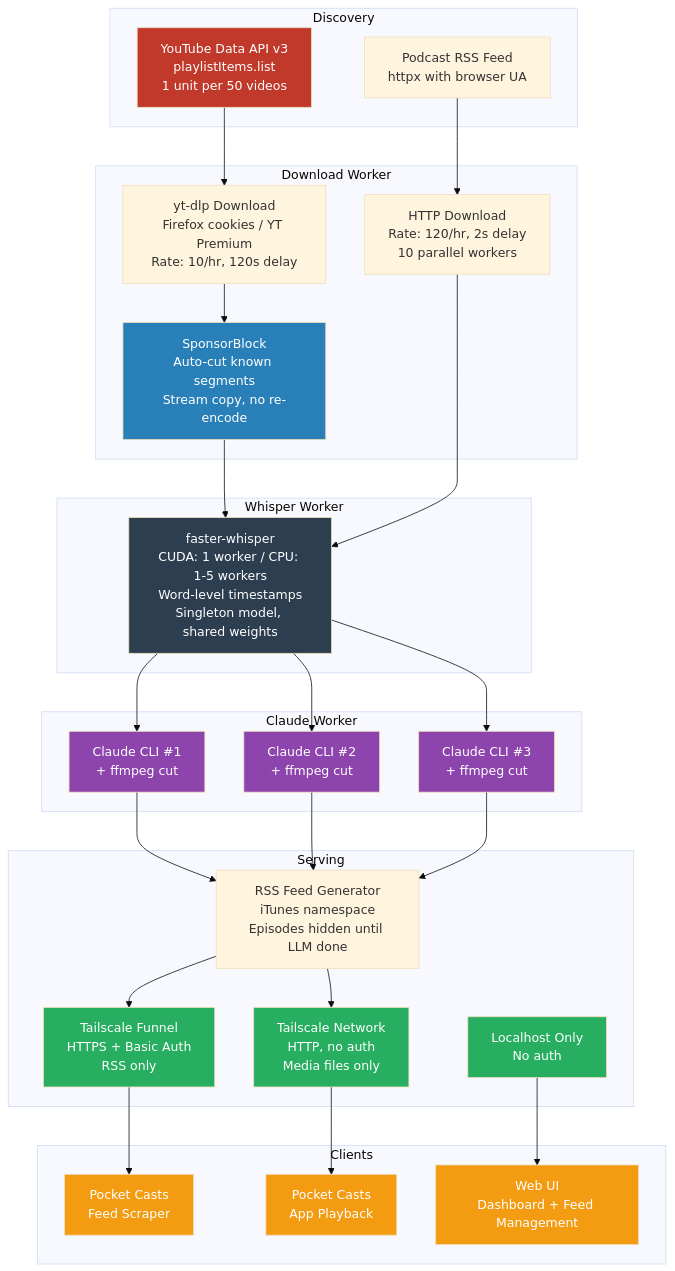
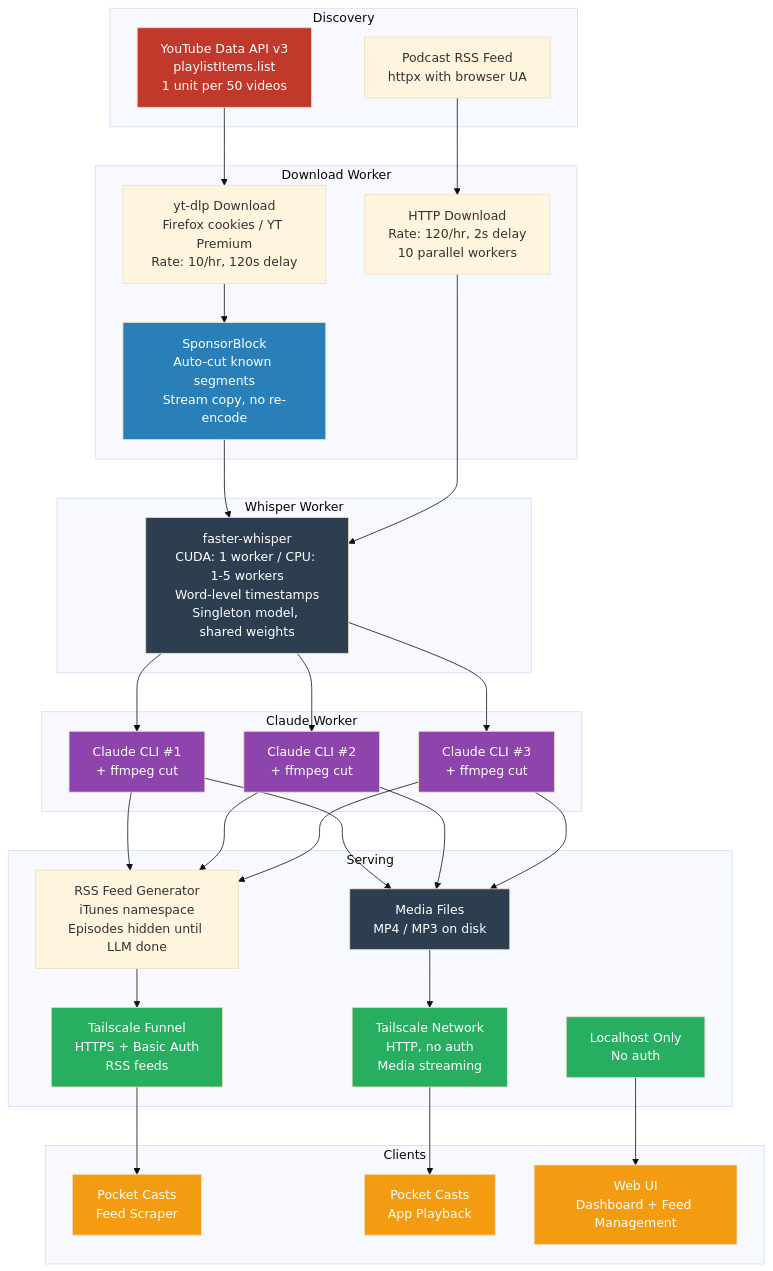
Before and after one commit to cwilliams5/Siphon: the diagram in README.md, drawn with Mermaid (base theme).

Commit message:
Split RSS and Media serving in architecture diagram
RSS Generator serves feeds via Funnel (HTTPS + auth).
Media files serve via Tailnet (HTTP, no auth). Separate paths
accurately reflect the dual-network serving architecture.

````diff
--- a/README.md
+++ b/README.md
@@ -182,66 +182,71 @@
 ```mermaid
 flowchart TB
     subgraph Discovery
         YT_API[YouTube Data API v3<br/>playlistItems.list<br/>1 unit per 50 videos]
         POD_RSS[Podcast RSS Feed<br/>httpx with browser UA]
     end
 
     subgraph Download Worker
         YT_DL[yt-dlp Download<br/>Firefox cookies / YT Premium<br/>Rate: 10/hr, 120s delay]
         SB[SponsorBlock<br/>Auto-cut known segments<br/>Stream copy, no re-encode]
         POD_DL[HTTP Download<br/>Rate: 120/hr, 2s delay<br/>10 parallel workers]
         YT_DL --> SB
     end
 
     subgraph Whisper Worker
         WHISPER[faster-whisper<br/>CUDA: 1 worker / CPU: 1-5 workers<br/>Word-level timestamps<br/>Singleton model, shared weights]
     end
 
     subgraph Claude Worker
         CLAUDE1[Claude CLI #1<br/>+ ffmpeg cut]
         CLAUDE2[Claude CLI #2<br/>+ ffmpeg cut]
         CLAUDE3[Claude CLI #3<br/>+ ffmpeg cut]
     end
 
     subgraph Serving
         RSS_GEN[RSS Feed Generator<br/>iTunes namespace<br/>Episodes hidden until LLM done]
-        FUNNEL[Tailscale Funnel<br/>HTTPS + Basic Auth<br/>RSS only]
-        TAILNET[Tailscale Network<br/>HTTP, no auth<br/>Media files only]
+        MEDIA[Media Files<br/>MP4 / MP3 on disk]
+        FUNNEL[Tailscale Funnel<br/>HTTPS + Basic Auth<br/>RSS feeds]
+        TAILNET[Tailscale Network<br/>HTTP, no auth<br/>Media streaming]
         LOCALHOST[Localhost Only<br/>No auth]
         RSS_GEN --> FUNNEL
-        RSS_GEN --> TAILNET
+        MEDIA --> TAILNET
     end
 
     subgraph Clients
         PC_SCRAPER[Pocket Casts<br/>Feed Scraper]
         PC_APP[Pocket Casts<br/>App Playback]
         WEBUI[Web UI<br/>Dashboard + Feed Management]
     end
 
     YT_API --> YT_DL
     POD_RSS --> POD_DL
     SB --> WHISPER
     POD_DL --> WHISPER
     WHISPER --> CLAUDE1
     WHISPER --> CLAUDE2
     WHISPER --> CLAUDE3
     CLAUDE1 --> RSS_GEN
     CLAUDE2 --> RSS_GEN
     CLAUDE3 --> RSS_GEN
+    CLAUDE1 --> MEDIA
+    CLAUDE2 --> MEDIA
+    CLAUDE3 --> MEDIA
     FUNNEL --> PC_SCRAPER
     TAILNET --> PC_APP
     LOCALHOST --> WEBUI
 
     style YT_API fill:#c0392b,color:#fff
     style WHISPER fill:#2c3e50,color:#fff
     style CLAUDE1 fill:#8e44ad,color:#fff
     style CLAUDE2 fill:#8e44ad,color:#fff
     style CLAUDE3 fill:#8e44ad,color:#fff
     style SB fill:#2980b9,color:#fff
+    style MEDIA fill:#2c3e50,color:#fff
     style FUNNEL fill:#27ae60,color:#fff
     style TAILNET fill:#27ae60,color:#fff
     style LOCALHOST fill:#27ae60,color:#fff
     style PC_SCRAPER fill:#f39c12,color:#fff
     style PC_APP fill:#f39c12,color:#fff
     style WEBUI fill:#f39c12,color:#fff
 ```
````
